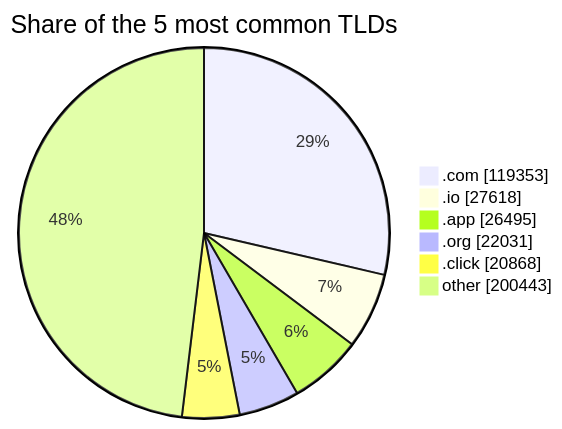
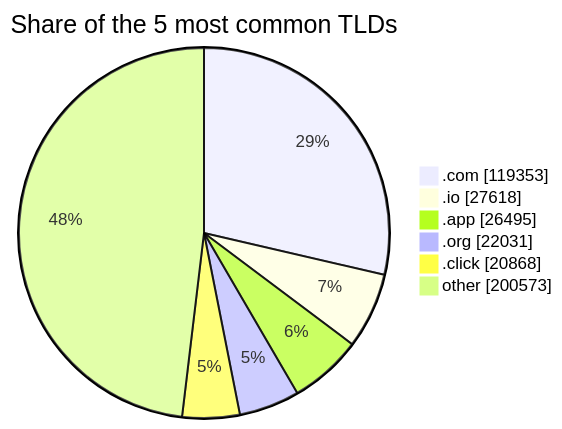
One commit to DNSBunker/CTI changed the third of 3 diagrams in README.md. Above: the diagram before and after it, drawn with Mermaid. The commit also changed other lines of this file and 3 other files, not shown here.

````diff
--- a/README.md
+++ b/README.md
@@ -81,9 +81,9 @@
 ```mermaid
 pie showData title Share of the 5 most common TLDs
     ".com" : 119353
     ".io" : 27618
     ".app" : 26495
     ".org" : 22031
     ".click" : 20868
-    "other" : 200443
+    "other" : 200573
 ```
````
